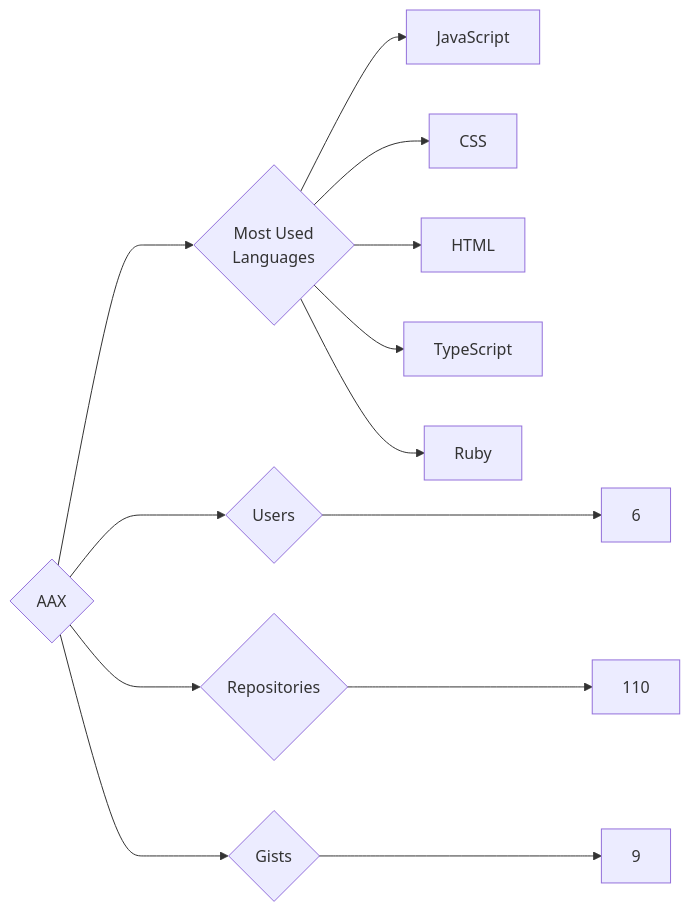
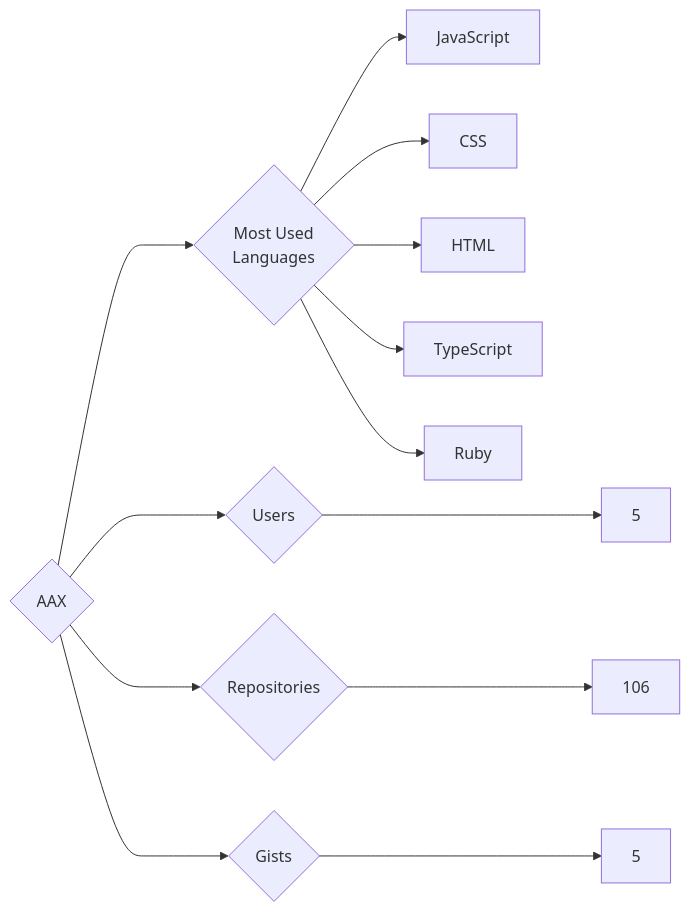
One commit to trickest/insiders changed the diagram in targets/AAX/README.md. Above: the diagram before and after it, drawn with Mermaid. The commit also changed 942 other files, not shown here.

````diff
--- a/targets/AAX/README.md
+++ b/targets/AAX/README.md
@@ -3,13 +3,13 @@
 ```mermaid
 graph LR
 COMPANY_NAME{AAX}
-COMPANY_NAME ---> U{Users} ---> UN[6]
-COMPANY_NAME ---> R{Repositories} ---> RN[110]
-COMPANY_NAME ---> G{Gists} ---> GN[9]
+COMPANY_NAME ---> U{Users} ---> UN[5]
+COMPANY_NAME ---> R{Repositories} ---> RN[106]
+COMPANY_NAME ---> G{Gists} ---> GN[5]
 COMPANY_NAME ---> ML{Most Used<br>Languages}
 ML --> JavaScript[JavaScript]
 ML --> CSS[CSS]
 ML --> HTML[HTML]
 ML --> TypeScript[TypeScript]
 ML --> Ruby[Ruby]
 ```
````
